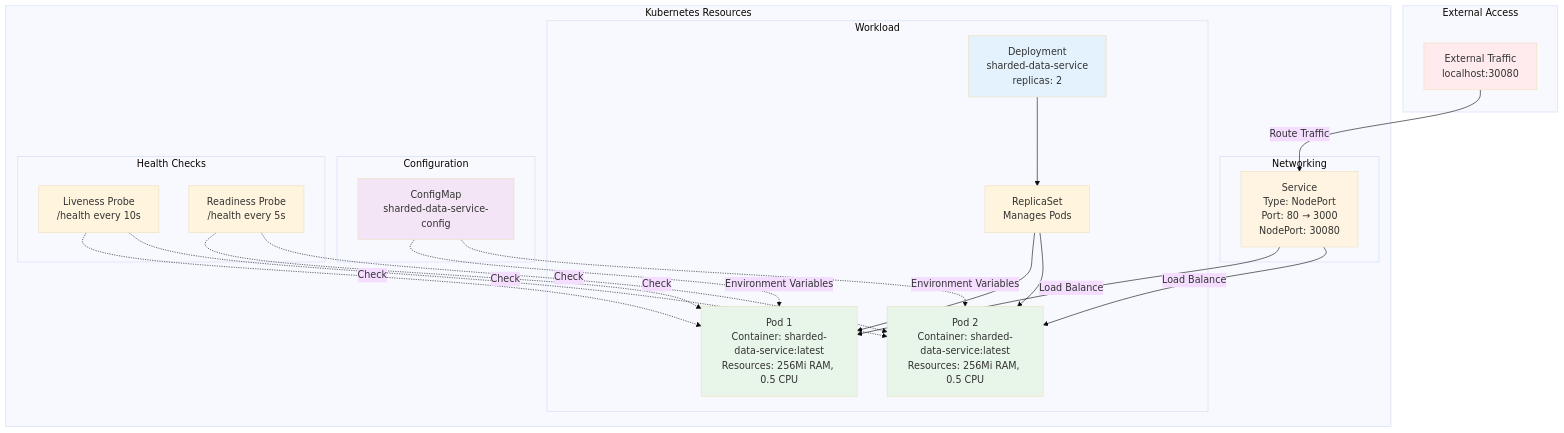
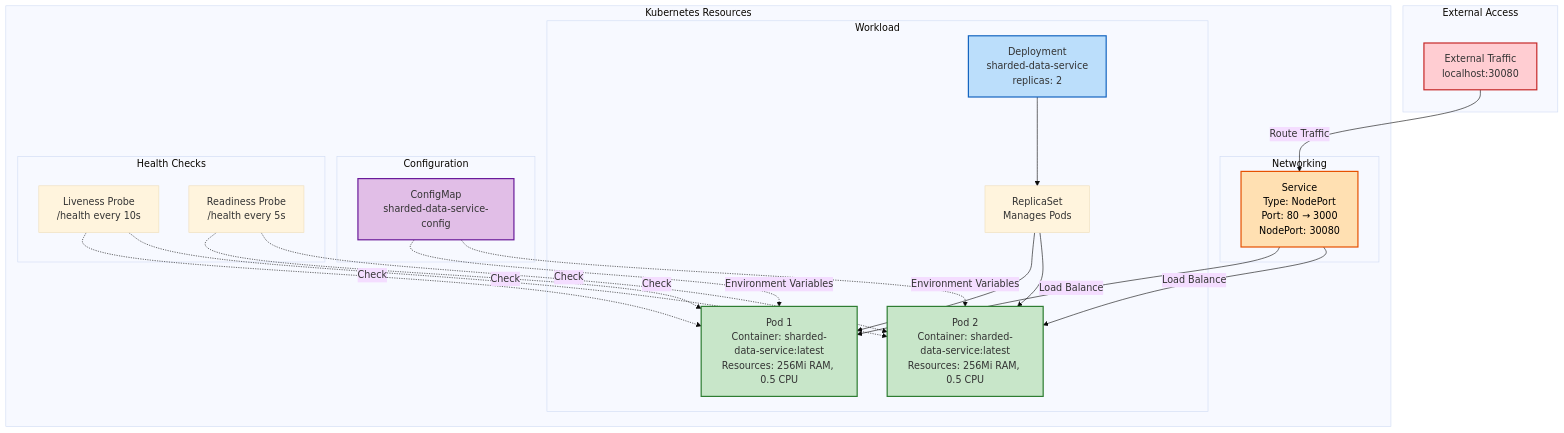
One commit to Demilade01/sharded-data-service changed the seventh of 10 diagrams in ARCHITECTURE.md. Above: the diagram before and after it, drawn with Mermaid (base theme). The commit also changed other lines of this file, not shown here.

````diff
--- a/ARCHITECTURE.md
+++ b/ARCHITECTURE.md
@@ -278,48 +278,48 @@
 ```mermaid
 graph TB
     subgraph "Kubernetes Resources"
         subgraph "Workload"
             Deploy[Deployment<br/>sharded-data-service<br/>replicas: 2]
             RS[ReplicaSet<br/>Manages Pods]
             Pod1[Pod 1<br/>Container: sharded-data-service:latest<br/>Resources: 256Mi RAM, 0.5 CPU]
             Pod2[Pod 2<br/>Container: sharded-data-service:latest<br/>Resources: 256Mi RAM, 0.5 CPU]
         end
 
         subgraph "Networking"
             Svc[Service<br/>Type: NodePort<br/>Port: 80 → 3000<br/>NodePort: 30080]
         end
 
         subgraph "Configuration"
             CM[ConfigMap<br/>sharded-data-service-config]
         end
 
         subgraph "Health Checks"
             Live[Liveness Probe<br/>/health every 10s]
             Ready[Readiness Probe<br/>/health every 5s]
         end
     end
 
     subgraph "External Access"
         Ext[External Traffic<br/>localhost:30080]
     end
 
     Deploy --> RS
     RS --> Pod1
     RS --> Pod2
     CM -.->|Environment Variables| Pod1
     CM -.->|Environment Variables| Pod2
     Live -.->|Check| Pod1
     Live -.->|Check| Pod2
     Ready -.->|Check| Pod1
     Ready -.->|Check| Pod2
     Ext -->|Route Traffic| Svc
     Svc -->|Load Balance| Pod1
     Svc -->|Load Balance| Pod2
 
-    style Deploy fill:#e3f2fd
-    style Svc fill:#fff4e1
-    style Pod1 fill:#e8f5e9
-    style Pod2 fill:#e8f5e9
-    style CM fill:#f3e5f5
-    style Ext fill:#ffebee
+    style Deploy fill:#bbdefb,stroke:#1565c0,stroke-width:2px
+    style Svc fill:#ffe0b2,stroke:#e65100,stroke-width:2px,color:#000
+    style Pod1 fill:#c8e6c9,stroke:#2e7d32,stroke-width:2px
+    style Pod2 fill:#c8e6c9,stroke:#2e7d32,stroke-width:2px
+    style CM fill:#e1bee7,stroke:#6a1b9a,stroke-width:2px
+    style Ext fill:#ffcdd2,stroke:#c62828,stroke-width:2px
 ```
````
